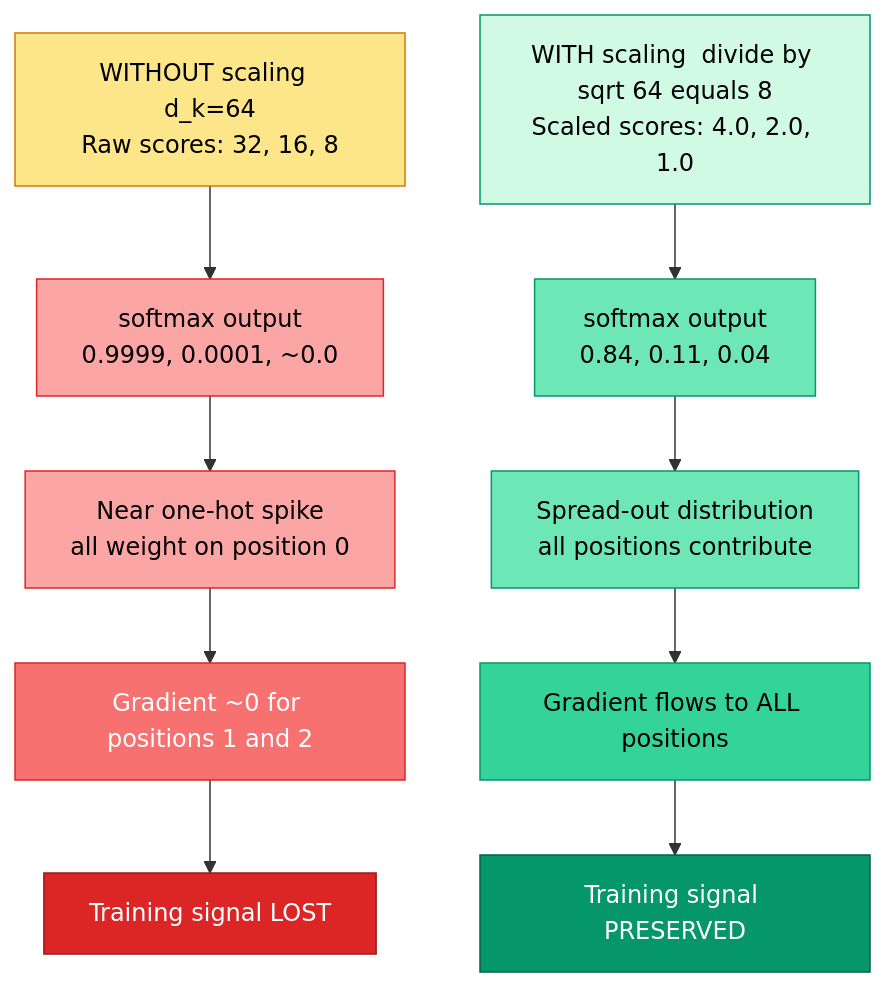
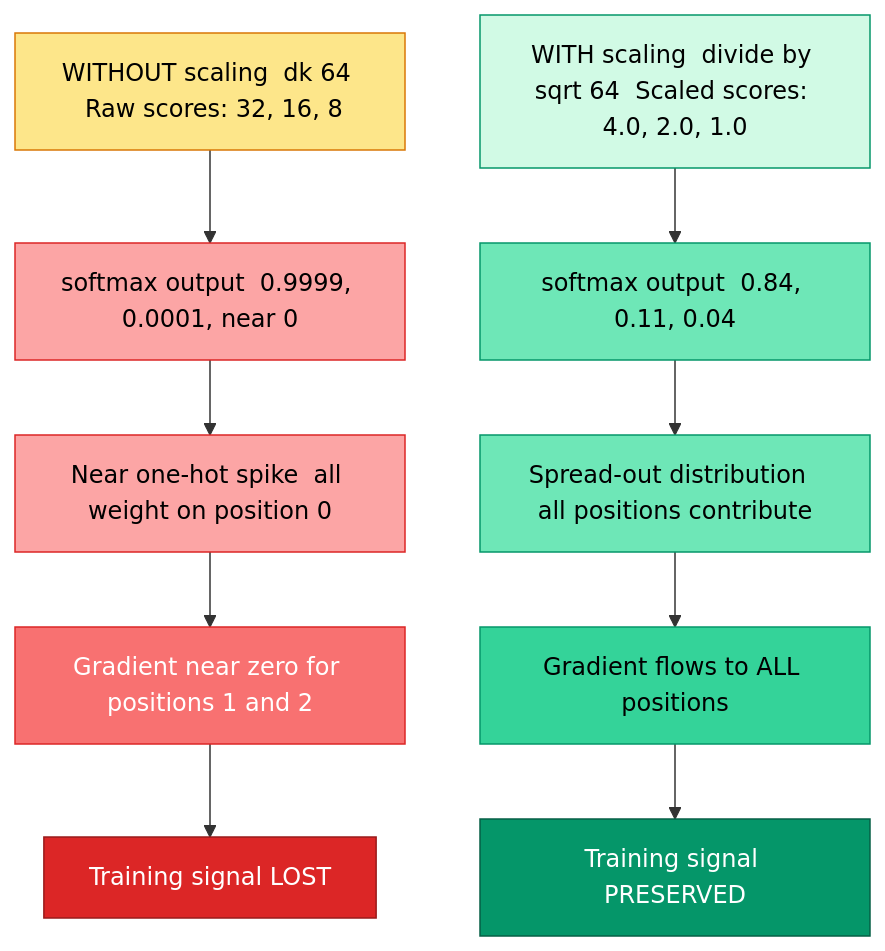
Before and after one commit to hkevin01/transformer-demo: the first of 11 diagrams in README.md, drawn with Mermaid. The commit also changed other lines of this file, not shown here.

````diff
--- a/README.md
+++ b/README.md
@@ -148,28 +169,28 @@
 ```mermaid
 flowchart TD
-    US1["WITHOUT scaling  d_k=64\nRaw scores: 32, 16, 8"]
-    US2["softmax output\n0.9999, 0.0001, ~0.0"]
-    US3["Near one-hot spike\nall weight on position 0"]
-    US4["Gradient ~0 for positions 1 and 2"]
+    US1["WITHOUT scaling  dk 64  Raw scores: 32, 16, 8"]
+    US2["softmax output  0.9999, 0.0001, near 0"]
+    US3["Near one-hot spike  all weight on position 0"]
+    US4["Gradient near zero for positions 1 and 2"]
     US5["Training signal LOST"]
 
-    SS1["WITH scaling  divide by sqrt 64 equals 8\nScaled scores: 4.0, 2.0, 1.0"]
-    SS2["softmax output\n0.84, 0.11, 0.04"]
-    SS3["Spread-out distribution\nall positions contribute"]
+    SS1["WITH scaling  divide by sqrt 64  Scaled scores: 4.0, 2.0, 1.0"]
+    SS2["softmax output  0.84, 0.11, 0.04"]
+    SS3["Spread-out distribution  all positions contribute"]
     SS4["Gradient flows to ALL positions"]
     SS5["Training signal PRESERVED"]
 
     US1 --> US2 --> US3 --> US4 --> US5
     SS1 --> SS2 --> SS3 --> SS4 --> SS5
 
     style US1 fill:#fde68a,stroke:#d97706,color:#000
     style US2 fill:#fca5a5,stroke:#dc2626,color:#000
     style US3 fill:#fca5a5,stroke:#dc2626,color:#000
     style US4 fill:#f87171,stroke:#dc2626,color:#fff
     style US5 fill:#dc2626,stroke:#991b1b,color:#fff
     style SS1 fill:#d1fae5,stroke:#059669,color:#000
     style SS2 fill:#6ee7b7,stroke:#059669,color:#000
     style SS3 fill:#6ee7b7,stroke:#059669,color:#000
     style SS4 fill:#34d399,stroke:#059669,color:#000
     style SS5 fill:#059669,stroke:#065f46,color:#fff
 ```
````
